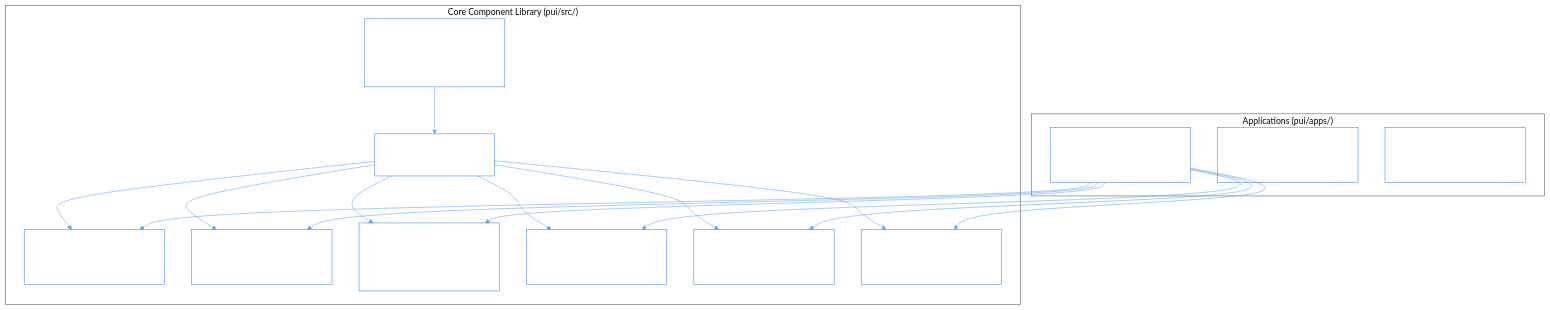
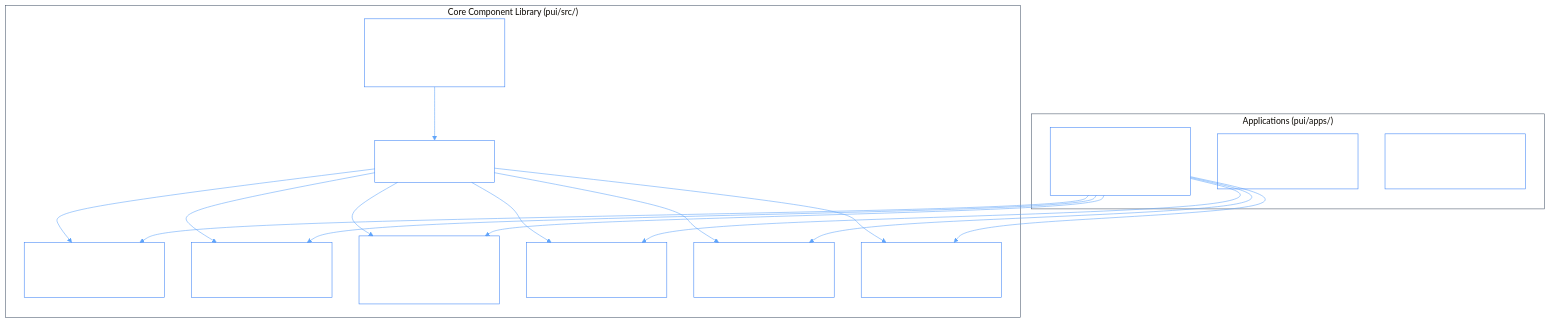
Before and after one commit to gemphi/phiant: the diagram in pui/README.md, drawn with Mermaid. The commit also changed other lines of this file and 3 other files, not shown here.

Commit message:
docs(pui): update tasks.md, README.md, ARCHITECTURE.md, and apps/README.md to reference pui-book

````diff
--- a/pui/README.md
+++ b/pui/README.md
@@ -20,26 +20,26 @@
 ```mermaid
 %%{init: {'theme': 'base', 'themeVariables': {'background': 'transparent', 'mainBkg': 'transparent', 'nodeBorder': '#3b82f6', 'clusterBkg': 'transparent', 'clusterBorder': '#475569', 'lineColor': '#60a5fa', 'textColor': '#ffffff', 'primaryTextColor': '#ffffff', 'nodeTextColor': '#ffffff', 'edgeLabelBackground': '#0f172a'}}}%%
 graph TD
     subgraph "Core Component Library (pui/src/)"
         Tokens["Design Tokens & Styles<br/>(tokens.scss, core.scss)"] --> Primitives["Primitives<br/>(Button, Icon, Tag, Badge, Divider, Callout)"]
         Tokens --> Layout["Layout<br/>(Card, Stack, Grid, Container, Collapse)"]
         Tokens --> Forms["Forms<br/>(Input, Select, Switch, Checkbox, Slider, FormGroup)"]
         Tokens --> Overlays["Overlays<br/>(Dialog, Drawer, Toast, Tooltip, Popover, Menu)"]
         Tokens --> Nav["Navigation<br/>(Navbar, Breadcrumbs, Tabs, Tree)"]
         Tokens --> Data["Data Display<br/>(Table, TreeView, Card, Accordion)"]
         Provider["PuiProvider / PhiProvider<br/>(Light/Dark, Foundry/Blueprint/Emerald Palettes)"] --> Tokens
     end
 
     subgraph "Applications (pui/apps/)"
-        DocsApp["docs-app (Port 3001)<br/>(Interactive Component Docs & Playground)"]
+        PuiBook["pui-book (puijs.com - Port 3001)<br/>(Interactive Component Docs & Playground)"]
         DemoApp["demo-app (Port 3002)<br/>(Enterprise Operational Cockpit)"]
         LandingApp["landing-app (Port 3003)<br/>(Design System Landing Page)"]
     end
 
-    DocsApp --> Primitives
-    DocsApp --> Layout
-    DocsApp --> Forms
-    DocsApp --> Overlays
-    DocsApp --> Nav
-    DocsApp --> Data
+    PuiBook --> Primitives
+    PuiBook --> Layout
+    PuiBook --> Forms
+    PuiBook --> Overlays
+    PuiBook --> Nav
+    PuiBook --> Data
 ```
````
